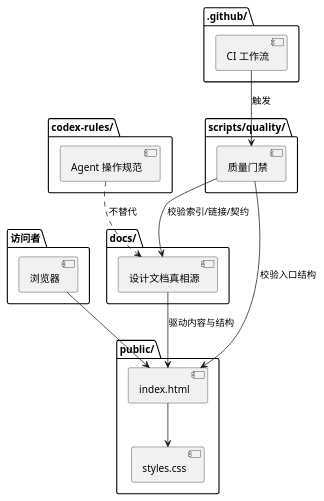
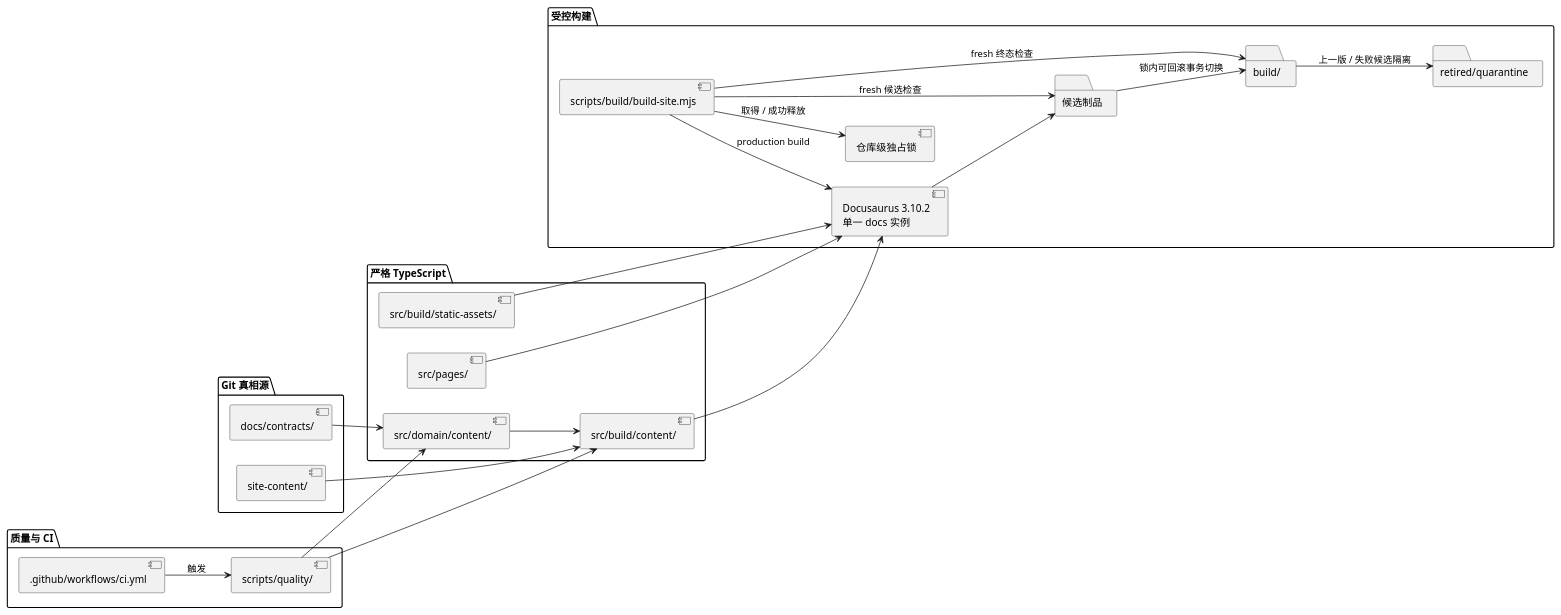
Before and after one commit to lyty1997/AxialMuseWebsite: the first of 2 diagrams in docs/architecture/overview.md, drawn with PlantUML. The commit also changed other lines of this file and 46 other files, not shown here.

First line of the commit message:
feat(content): assemble validated site content / 装配已验证站点内容

````diff
--- a/docs/architecture/overview.md
+++ b/docs/architecture/overview.md
@@ -35,31 +35,44 @@
 ```plantuml
 @startuml
-package "访问者" {
-  [浏览器] as Browser
+left to right direction
+package "Git 真相源" {
+  [docs/contracts/] as Registries
+  [site-content/] as Content
 }
-package "public/" {
-  [index.html] as Index
-  [styles.css] as Styles
+package "严格 TypeScript" {
+  [src/domain/content/] as Domain
+  [src/build/content/] as Projection
+  [src/build/static-assets/] as StaticAssets
+  [src/pages/] as Pages
 }
-package "docs/" {
-  [设计文档真相源] as Docs
+package "受控构建" {
+  [scripts/build/build-site.mjs] as BuildEntry
+  [仓库级独占锁] as BuildLock
+  [Docusaurus 3.10.2\n单一 docs 实例] as Docusaurus
+  folder "候选制品" as Candidate
+  folder "build/" as Build
+  folder "retired/quarantine" as Retired
 }
-package "codex-rules/" {
-  [Agent 操作规范] as Rules
-}
-package "scripts/quality/" {
-  [质量门禁] as Quality
-}
-package ".github/" {
-  [CI 工作流] as CI
+package "质量与 CI" {
+  [scripts/quality/] as Quality
+  [.github/workflows/ci.yml] as CI
 }
 
-Browser --> Index
-Index --> Styles
-Docs --> Index : 驱动内容与结构
-Rules ..> Docs : 不替代
-Quality --> Docs : 校验索引/链接/契约
-Quality --> Index : 校验入口结构
+Registries --> Domain
+Content --> Projection
+Domain --> Projection
+Projection --> Docusaurus
+StaticAssets --> Docusaurus
+Pages --> Docusaurus
+BuildEntry --> Docusaurus : production build
+BuildEntry --> BuildLock : 取得 / 成功释放
+Docusaurus --> Candidate
+BuildEntry --> Candidate : fresh 候选检查
+Candidate --> Build : 锁内可回滚事务切换
+BuildEntry --> Build : fresh 终态检查
+Build --> Retired : 上一版 / 失败候选隔离
+Quality --> Domain
+Quality --> Projection
 CI --> Quality : 触发
 @enduml
 ```
````
